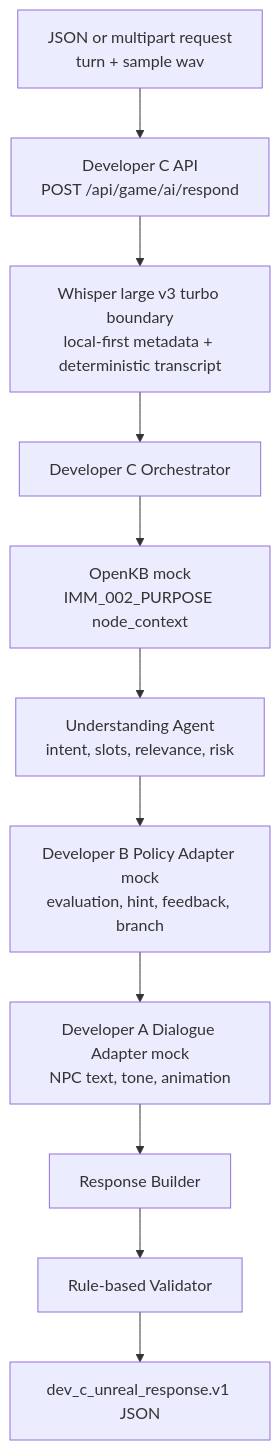
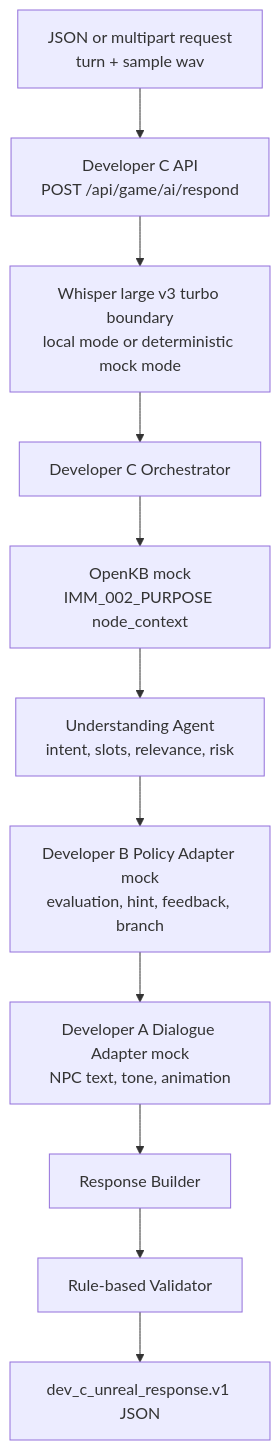
One commit to PotenUP3-04-Synapse3/pj05_Murphy changed the first of 2 diagrams in docs/preprototype_status_demo_plan.md. Above: the diagram before and after it, drawn with Mermaid. The commit also changed other lines of this file and 9 other files, not shown here.

Commit message:
Implement local Whisper STT fallback

````diff
--- a/docs/preprototype_status_demo_plan.md
+++ b/docs/preprototype_status_demo_plan.md
@@ -64,13 +66,13 @@
 ```mermaid
 flowchart TD
     REQ["JSON or multipart request<br/>turn + sample wav"] --> API["Developer C API<br/>POST /api/game/ai/respond"]
-    API --> STT["Whisper large v3 turbo boundary<br/>local-first metadata + deterministic transcript"]
+    API --> STT["Whisper large v3 turbo boundary<br/>local mode or deterministic mock mode"]
     STT --> ORCH["Developer C Orchestrator"]
     ORCH --> KB["OpenKB mock<br/>IMM_002_PURPOSE node_context"]
     KB --> UA["Understanding Agent<br/>intent, slots, relevance, risk"]
     UA --> B["Developer B Policy Adapter mock<br/>evaluation, hint, feedback, branch"]
     B --> A["Developer A Dialogue Adapter mock<br/>NPC text, tone, animation"]
     A --> RB["Response Builder"]
     RB --> V["Rule-based Validator"]
     V --> OUT["dev_c_unreal_response.v1 JSON"]
 ```
````
